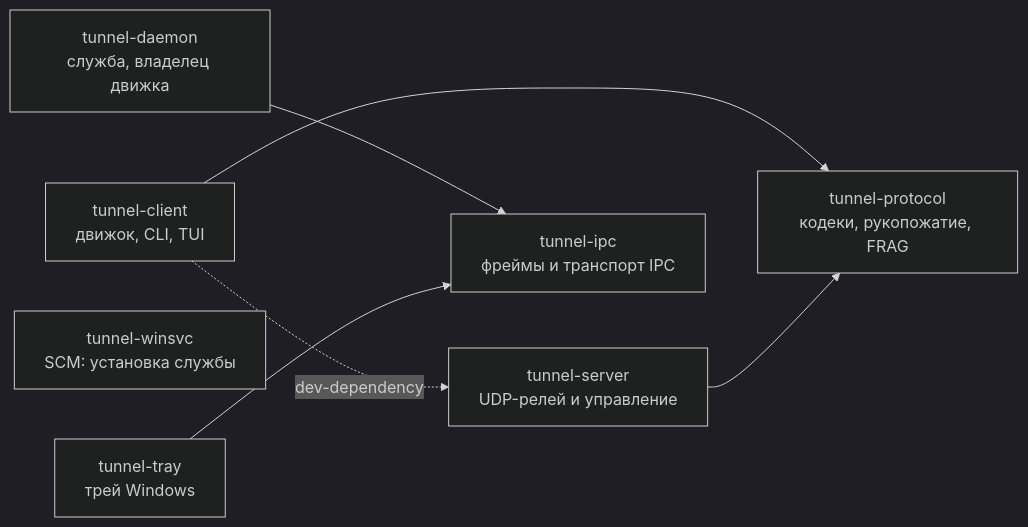
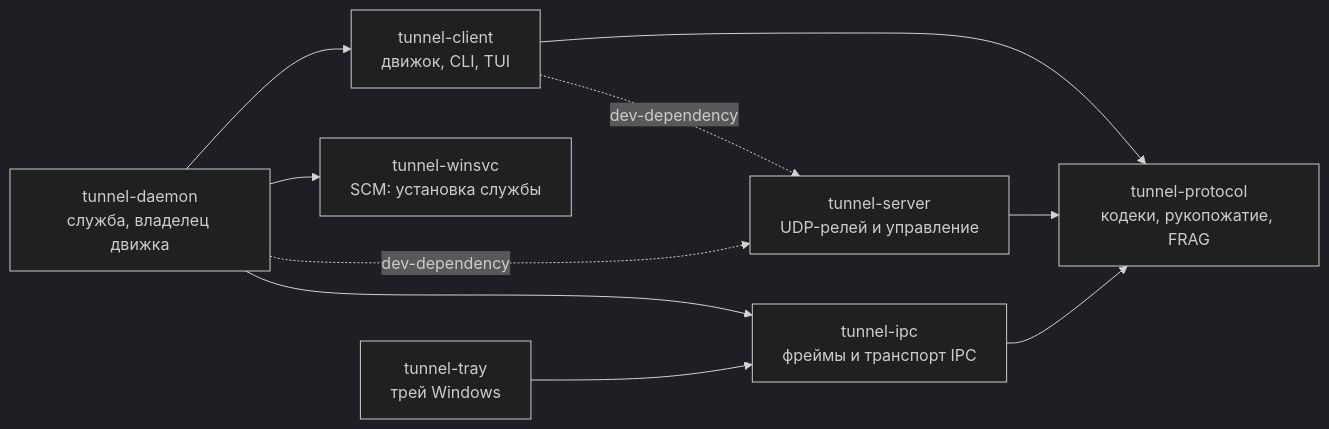
Before and after one commit to Kulmek/VoidLink2: the diagram in docs/DEVELOPMENT.md, drawn with Mermaid (dark theme). The commit also changed other lines of this file and 17 other files, not shown here.

````diff
--- a/docs/DEVELOPMENT.md
+++ b/docs/DEVELOPMENT.md
@@ -72,16 +71,20 @@
 ```mermaid
 graph LR
     protocol[tunnel-protocol<br/>кодеки, рукопожатие, FRAG]
     server[tunnel-server<br/>UDP-релей и управление]
     client[tunnel-client<br/>движок, CLI, TUI]
     ipc[tunnel-ipc<br/>фреймы и транспорт IPC]
     daemon[tunnel-daemon<br/>служба, владелец движка]
     winsvc[tunnel-winsvc<br/>SCM: установка службы]
     tray[tunnel-tray<br/>трей Windows]
 
     client --> protocol
     server --> protocol
+    ipc --> protocol
+    daemon --> client
+    daemon --> ipc
+    daemon --> winsvc
+    tray --> ipc
     client -. dev-dependency .-> server
-    daemon --> ipc
-    tray --> ipc
+    daemon -. dev-dependency .-> server
 ```
````
